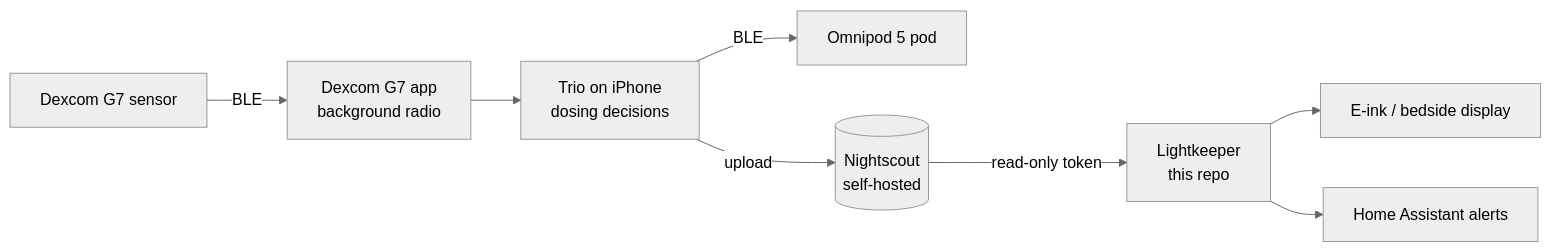
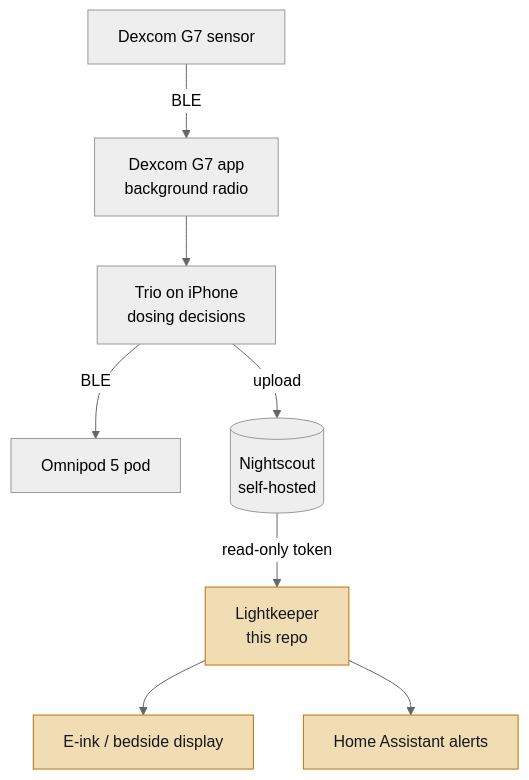
Before and after one commit to esanacore/lightkeeper: the diagram in README.md, drawn with Mermaid (neutral theme). The commit also changed other lines of this file and 11 other files, not shown here.

First line of the commit message:
docs(readme): version line and top-down rendered diagram; fix(doctor): WSL probe hang

````diff
--- a/README.md
+++ b/README.md
@@ -24,10 +31,13 @@
 ```mermaid
-flowchart LR
+flowchart TD
     G7[Dexcom G7 sensor] -- BLE --> DexApp[Dexcom G7 app<br/>background radio]
     DexApp --> Trio[Trio on iPhone<br/>dosing decisions]
     Trio -- BLE --> Pod[Omnipod 5 pod]
     Trio -- upload --> NS[(Nightscout<br/>self-hosted)]
     NS -- read-only token --> LK[Lightkeeper<br/>this repo]
     LK --> Eink[E-ink / bedside display]
     LK --> HA[Home Assistant alerts]
+
+    classDef ours fill:#F1DDB4,stroke:#B8730A,color:#15171C
+    class LK,Eink,HA ours
 ```
````
